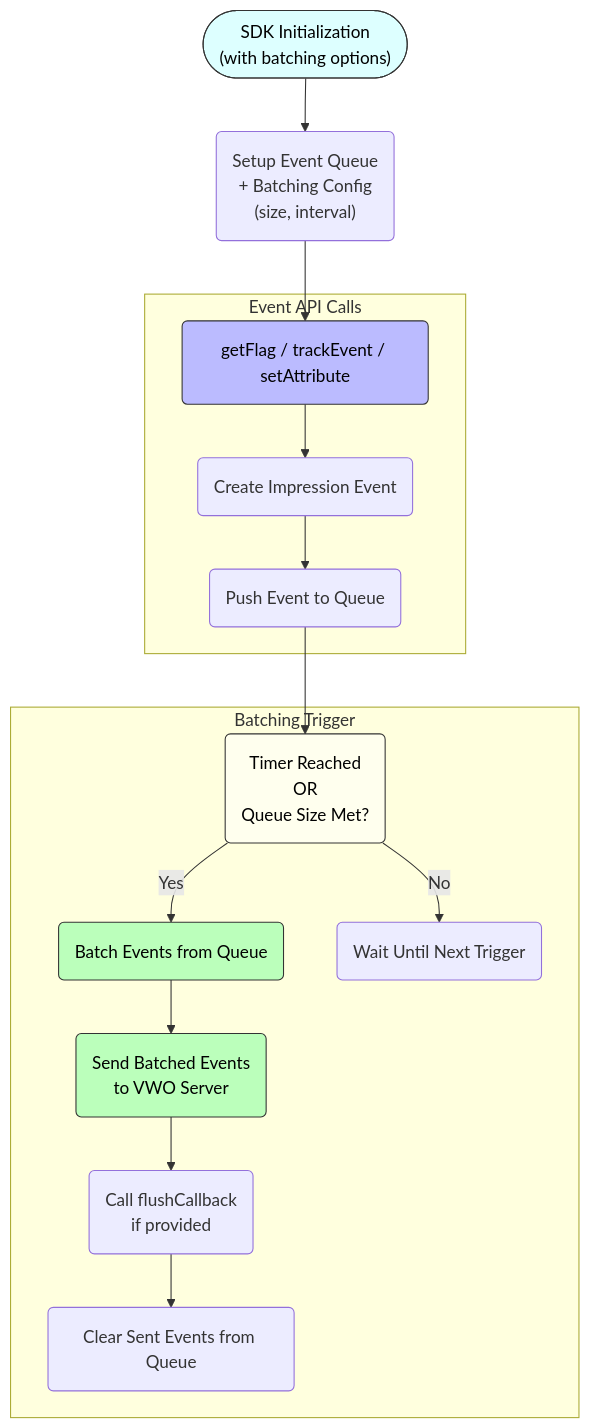
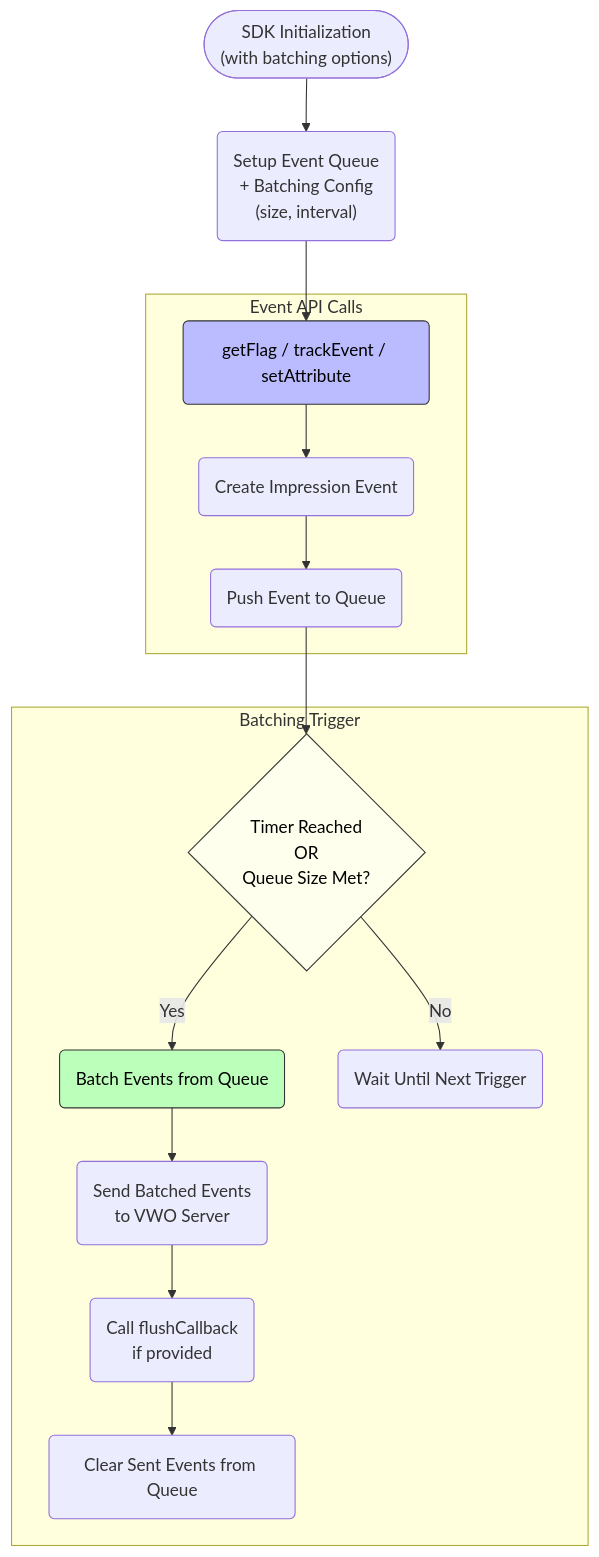
One commit to wingify/readme-central changed the second of 3 diagrams in docs/SDK Reference/fme-sdks-working.md. Above: the diagram before and after it, drawn with Mermaid. The commit also changed other lines of this file, not shown here.

````diff
--- a/docs/SDK Reference/fme-sdks-working.md
+++ b/docs/SDK Reference/fme-sdks-working.md
@@ -106,36 +107,32 @@
 ```mermaid
 flowchart TD
     A0(["SDK Initialization<br/>(with batching options)"]) --> A1("Setup Event Queue<br/>+ Batching Config<br/>(size, interval)")
     
     subgraph Event API Calls
         A2("getFlag / trackEvent / setAttribute") --> A3("Create Impression Event")
         A3 --> A4("Push Event to Queue")
     end
 
     A1 --> A2
 
     subgraph Batching Trigger
-        B1("Timer Reached<br/>OR<br/>Queue Size Met?")
+        B1{"Timer Reached<br/>OR<br/>Queue Size Met?"}
         A4 --> B1
         B1 -- Yes --> B2("Batch Events from Queue")
         B2 --> B3("Send Batched Events<br/>to VWO Server")
         B3 --> B4("Call flushCallback<br/>if provided")
         B4 --> B5("Clear Sent Events from Queue")
         B1 -- No --> C1("Wait Until Next Trigger")
     end
     
     %% Assign classes
-    class A0 init
     class A2 apis
     class B2 batch
-    class B3 flushcallback
     class B1 ifbatch
 
     %% Define styles
-    classDef init fill:#dff,stroke:#333,stroke-width:1px,color:#000
     classDef apis fill:#bbf,stroke:#333,color:#000
     classDef batch fill:#bfb,stroke:#333,color:#000
-    classDef flushcallback fill:#bfb,stroke:#333,color:#000
     classDef ifbatch fill:#ffe,stroke:#333,color:#000
 
 ```
````
